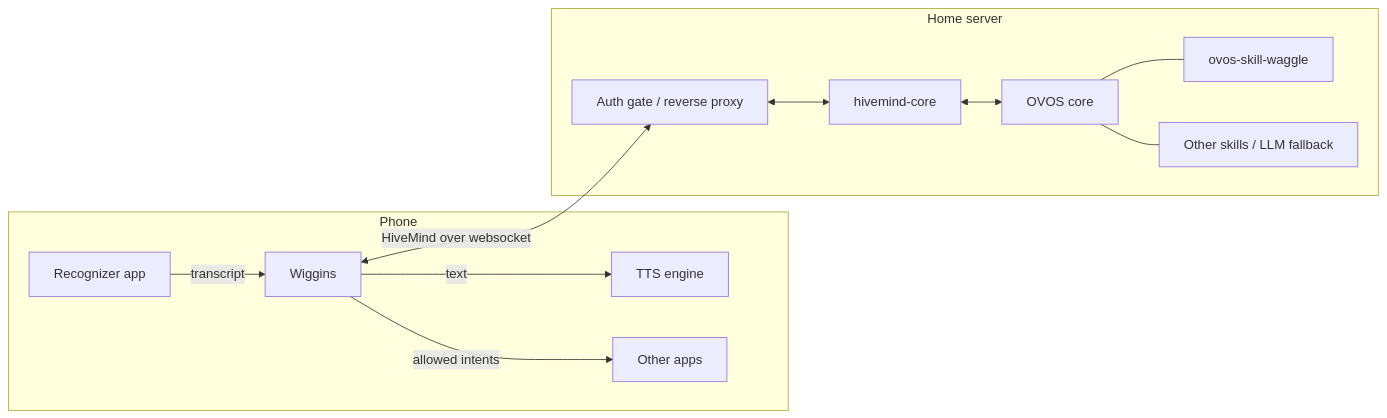
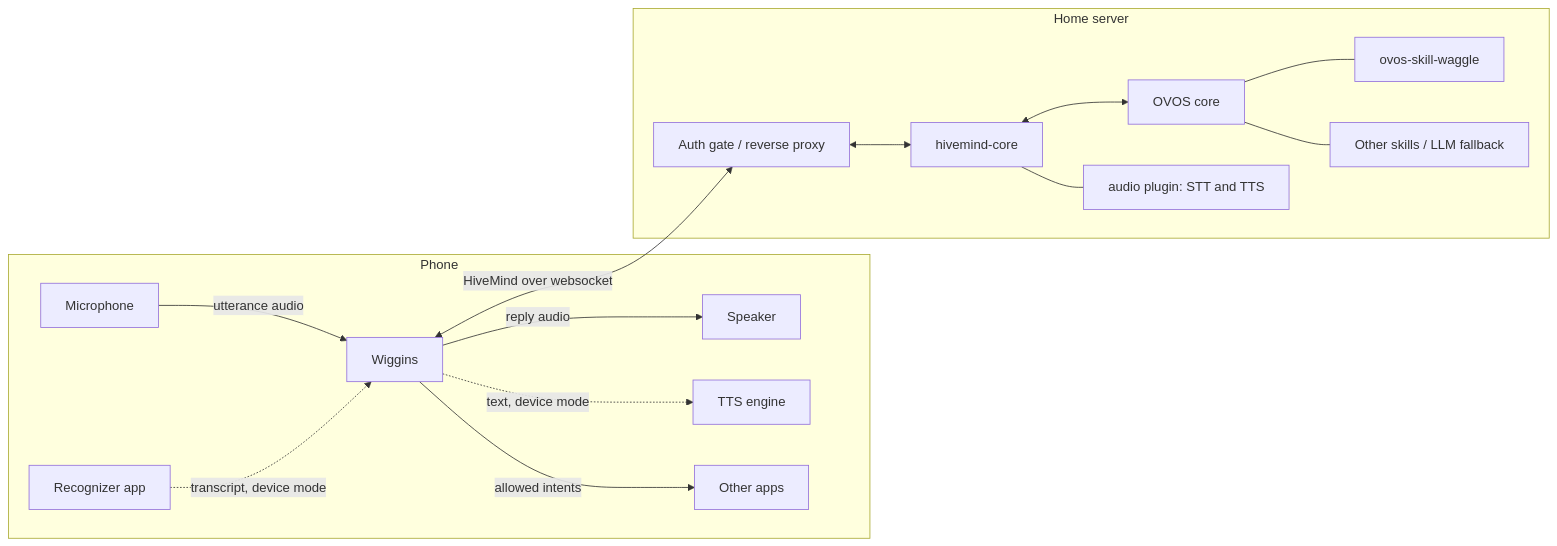
Before and after one commit to greennosedmule/wiggins: the diagram in SPEC.md, drawn with Mermaid. The commit also changed other lines of this file and 4 other files, not shown here.

````diff
--- a/SPEC.md
+++ b/SPEC.md
@@ -30,15 +31,18 @@
 ```mermaid
 flowchart LR
   subgraph Phone
-    STT[Recognizer app] -->|transcript| W[Wiggins]
-    W -->|text| TTS[TTS engine]
+    Mic[Microphone] -->|utterance audio| W[Wiggins]
+    W -->|reply audio| Spk[Speaker]
+    STT[Recognizer app] -.->|transcript, device mode| W
+    W -.->|text, device mode| TTS[TTS engine]
     W -->|allowed intents| Apps[Other apps]
   end
   W <-->|HiveMind over websocket| Gate[Auth gate / reverse proxy]
   subgraph Home server
     Gate <--> HM[hivemind-core]
     HM <--> OVOS[OVOS core]
+    HM --- Audio[audio plugin: STT and TTS]
     OVOS --- Skill[ovos-skill-waggle]
     OVOS --- LLM[Other skills / LLM fallback]
   end
 ```
````
